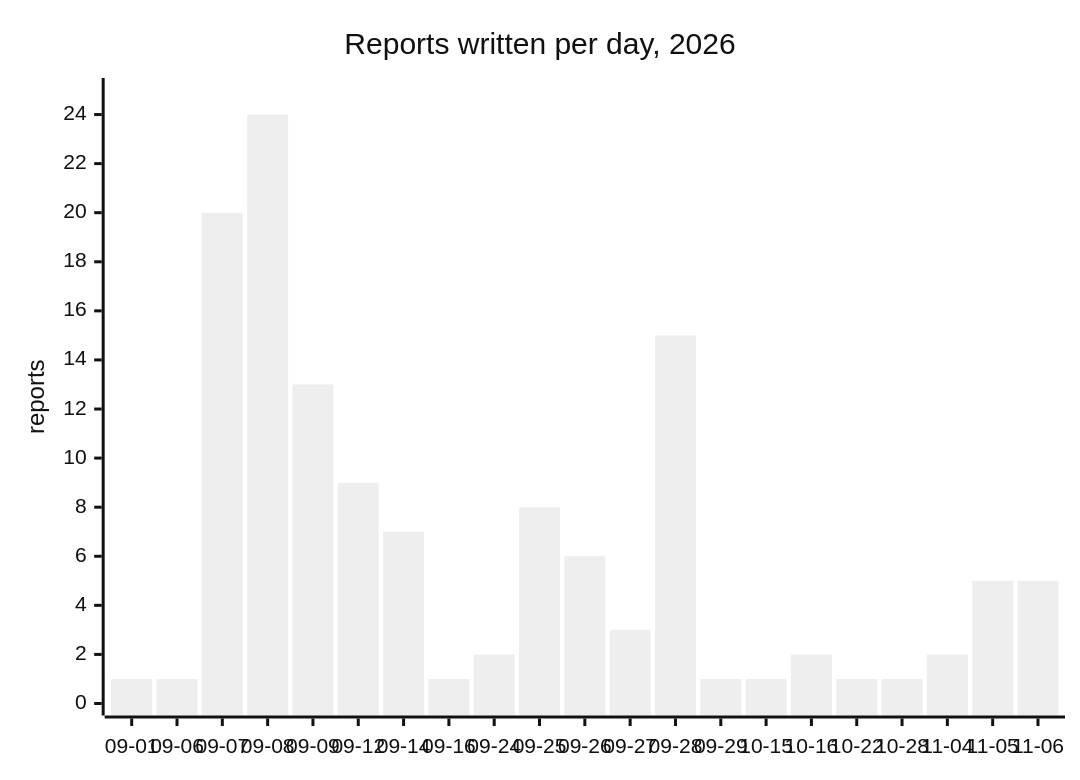
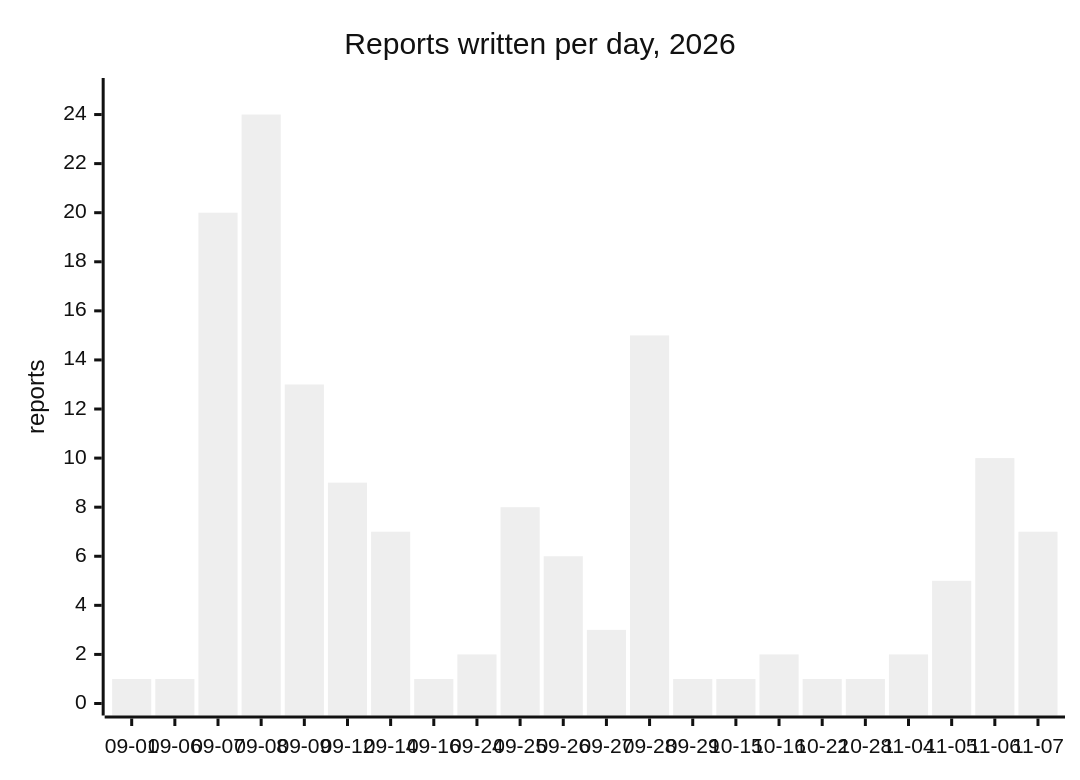
The diagram in docs/reports/README.md (cluster2600/porscheparts), drawn with Mermaid (neutral theme) before and after one commit. The commit also changed other lines of this file and 212 other files, not shown here.

````diff
--- a/docs/reports/README.md
+++ b/docs/reports/README.md
@@ -7,7 +7,7 @@
 ```mermaid
 xychart-beta
     title "Reports written per day, 2026"
-    x-axis ["09-01", "09-06", "09-07", "09-08", "09-09", "09-12", "09-14", "09-16", "09-24", "09-25", "09-26", "09-27", "09-28", "09-29", "10-15", "10-16", "10-22", "10-28", "11-04", "11-05", "11-06"]
+    x-axis ["09-01", "09-06", "09-07", "09-08", "09-09", "09-12", "09-14", "09-16", "09-24", "09-25", "09-26", "09-27", "09-28", "09-29", "10-15", "10-16", "10-22", "10-28", "11-04", "11-05", "11-06", "11-07"]
     y-axis "reports" 0 --> 25
-    bar [1, 1, 20, 24, 13, 9, 7, 1, 2, 8, 6, 3, 15, 1, 1, 2, 1, 1, 2, 5, 5]
+    bar [1, 1, 20, 24, 13, 9, 7, 1, 2, 8, 6, 3, 15, 1, 1, 2, 1, 1, 2, 5, 10, 7]
 ```
````
